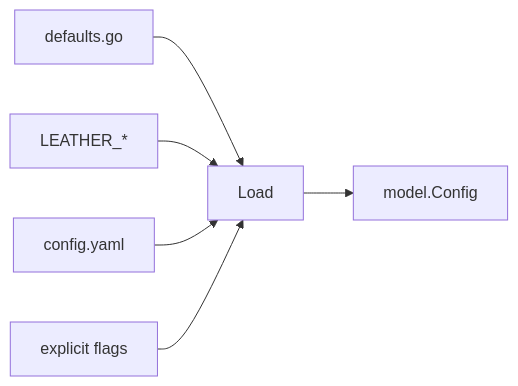
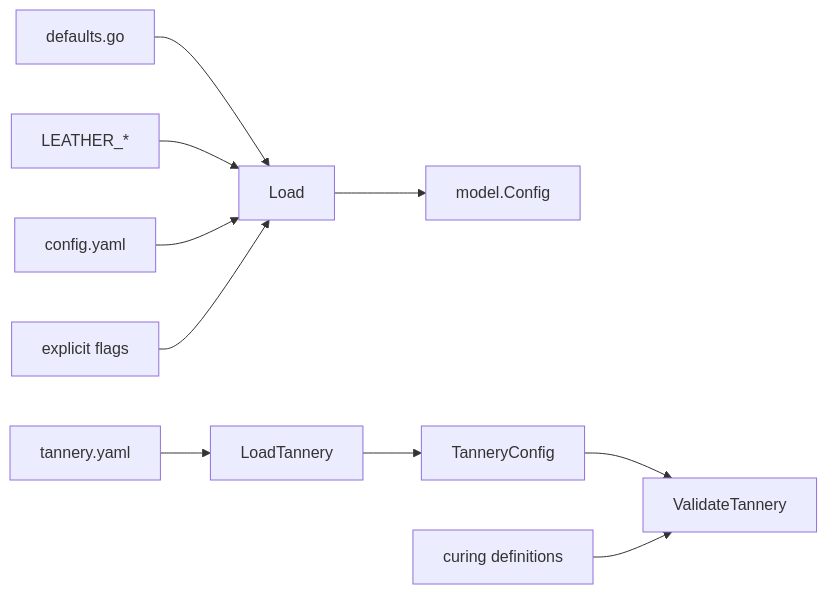
Before and after one commit to TGPSKI/leather: the diagram in docs/modules/config.md, drawn with Mermaid. The commit also changed other lines of this file and 15 other files, not shown here.

````diff
--- a/docs/modules/config.md
+++ b/docs/modules/config.md
@@ -93,8 +103,13 @@
 ```mermaid
 flowchart LR
     DEF[defaults.go] --> LOAD[Load]
     ENV[LEATHER_*] --> LOAD
     YAML[config.yaml] --> LOAD
     FS[explicit flags] --> LOAD
     LOAD --> CFG[model.Config]
+
+    TY[tannery.yaml] --> LT[LoadTannery]
+    LT --> TC[TanneryConfig]
+    TC --> VT[ValidateTannery]
+    DEFS[curing definitions] --> VT
 ```
````
